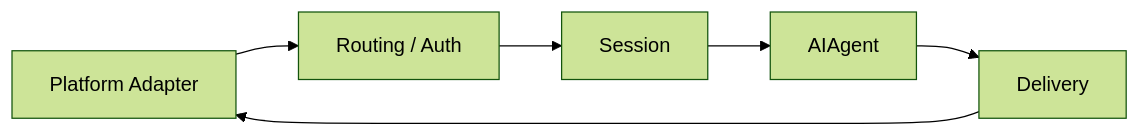
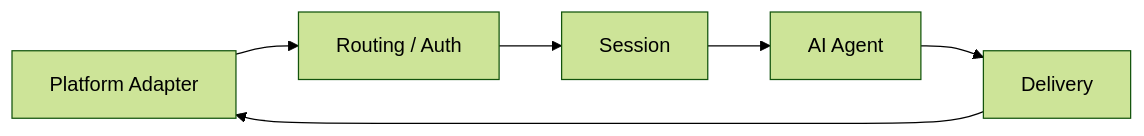
Before and after one commit to qixiaoz/hermes-agent-wiki: the sixth of 7 diagrams in 06-architecture.md, drawn with Mermaid (forest theme). The commit also changed other lines of this file, not shown here.

Commit message:
docs: use AI Agent as display name

````diff
--- a/06-architecture.md
+++ b/06-architecture.md
@@ -249,8 +249,8 @@
 ```mermaid
 flowchart LR
     P[Platform Adapter] --> R[Routing / Auth]
     R --> S[Session]
-    S --> A[AIAgent]
+    S --> A[AI Agent]
     A --> D[Delivery]
     D --> P
 ```
````
